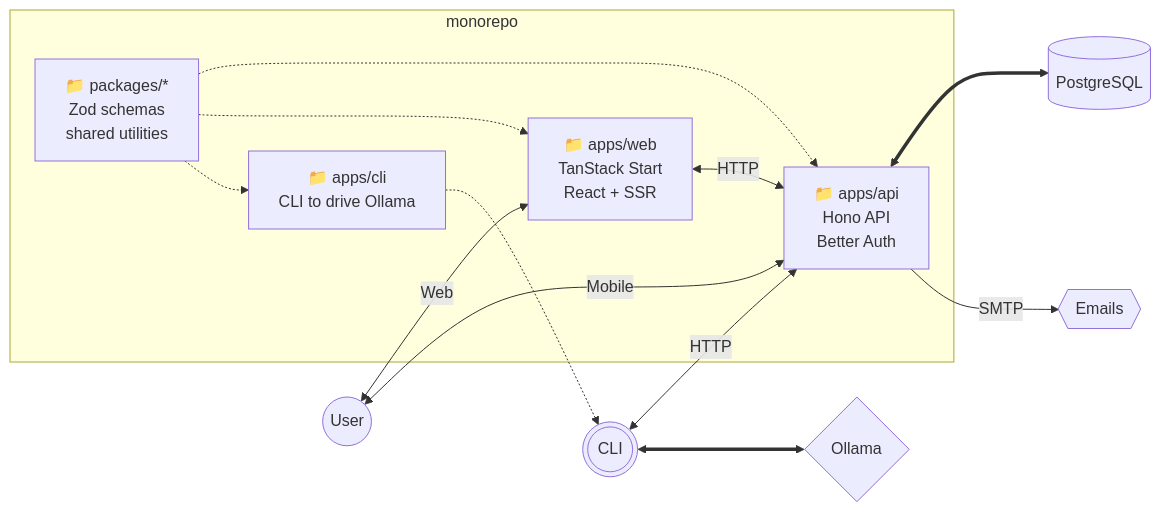
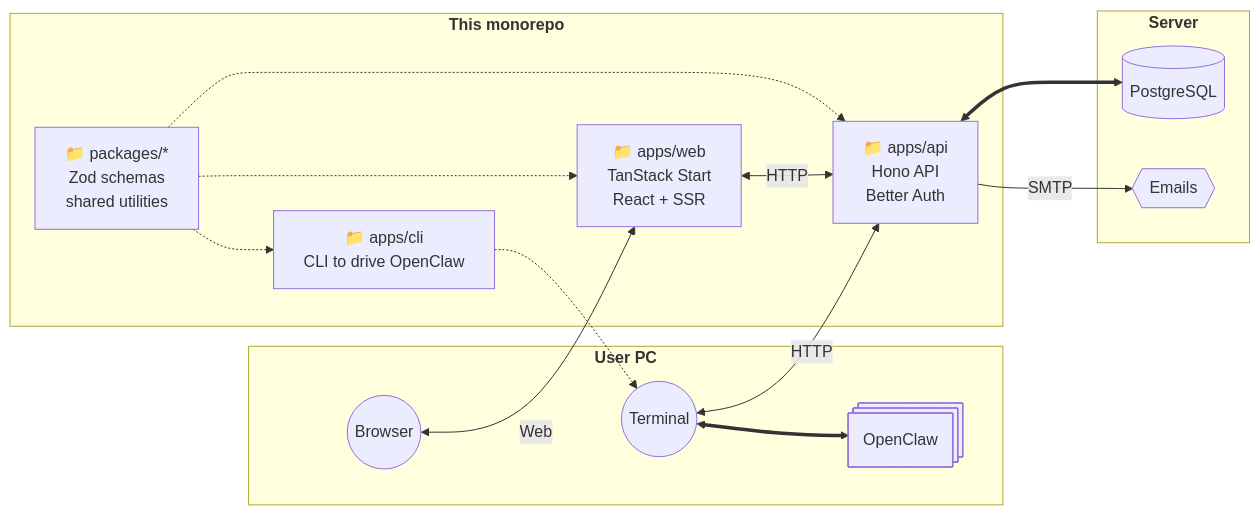
Before and after one commit to SubZtep/admin-starter: the diagram in docs/index.md, drawn with Mermaid. The commit also changed other lines of this file and 12 other files, not shown here.

````diff
--- a/docs/index.md
+++ b/docs/index.md
@@ -13,29 +13,33 @@
 ```mermaid
 flowchart LR
-  subgraph "monorepo"
+  subgraph "`**User PC**`"
+    U((Browser))
+    UW((Terminal))
+    O@{ shape: processes, label: "OpenClaw"}
+  end
+
+  subgraph "`**Server**`"
+    D[(PostgreSQL)]
+    E{{Emails}}
+  end
+
+  subgraph "`**This monorepo**`"
     A["📁 apps/api<br/>Hono API<br/>Better Auth"]
     W["📁 apps/web<br/>TanStack Start<br/>React + SSR"]
     P["📁 packages/*<br/>Zod schemas<br/>shared utilities"]
-    WW["📁 apps/cli<br/>CLI to drive Ollama"]
+    WW["📁 apps/cli<br/>CLI to drive OpenClaw"]
   end
-
-  U((User))
-  UW(((CLI)))
-  D[(PostgreSQL)]
-  E{{Emails}}
-  O{Ollama}
 
   P -.-> A
   P -.-> W
   P -.-> WW
 
   U <-->|Web| W
-  U <-->|Mobile| A
   UW <-->|HTTP| A
   UW <==> O
   WW -.-> UW
 
   W <-->|HTTP| A
   A <==> D
   A -->|SMTP| E
 ```
````
